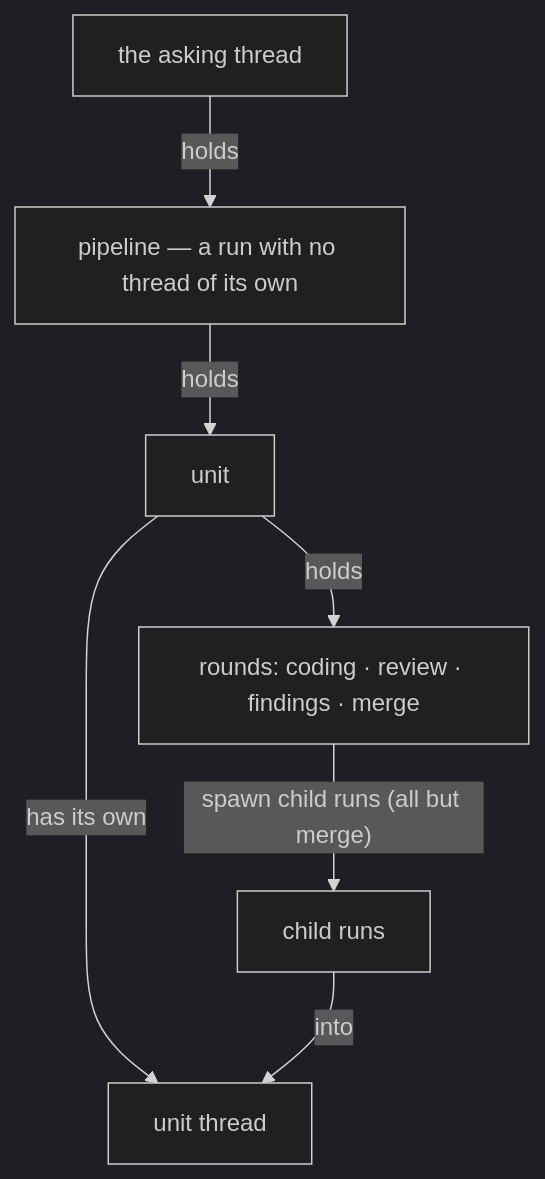
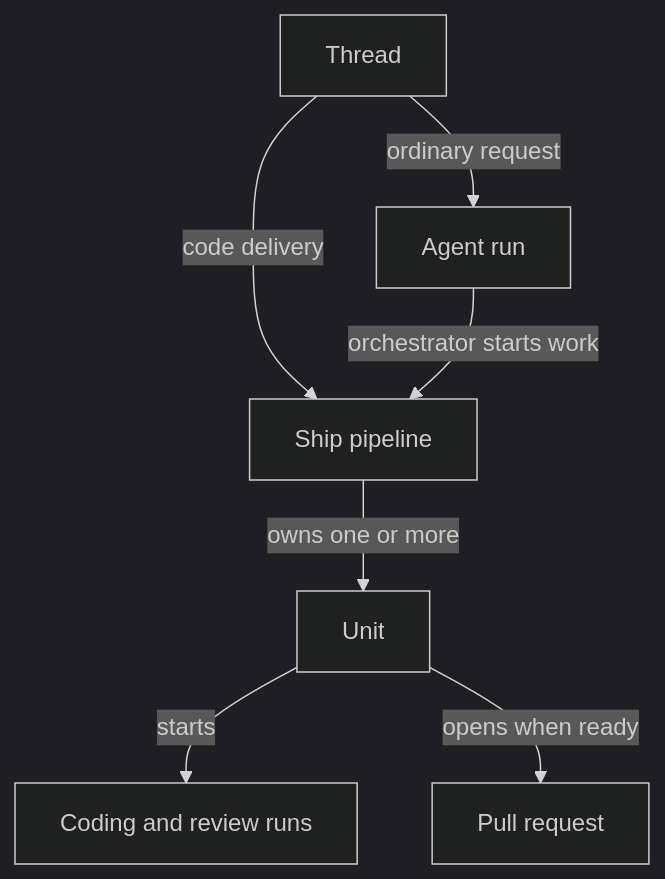
One commit to coreplanelabs/switchboard changed the diagram in docs/explanation/what-holds-what.md. Above: the diagram before and after it, drawn with Mermaid (dark theme). The commit also changed other lines of this file and 22 other files, not shown here.

Commit message:
docs(docs): explain the gateway, agents, and data flow

````diff
--- a/docs/explanation/what-holds-what.md
+++ b/docs/explanation/what-holds-what.md
@@ -9,9 +5,9 @@
 ```mermaid
 flowchart TB
-  AT["the asking thread"] -- holds --> P["pipeline — a run with no thread of its own"]
-  P -- holds --> U["unit"]
-  U -- "has its own" --> UT["unit thread"]
-  U -- holds --> R["rounds: coding · review · findings · merge"]
-  R -- "spawn child runs (all but merge)" --> CR["child runs"]
-  CR -- into --> UT
+    T["Thread"] -->|"ordinary request"| R["Agent run"]
+    T -->|"code delivery"| P["Ship pipeline"]
+    R -->|"orchestrator starts work"| P
+    P -->|"owns one or more"| U["Unit"]
+    U -->|"starts"| C["Coding and review runs"]
+    U -->|"opens when ready"| PR["Pull request"]
 ```
````
